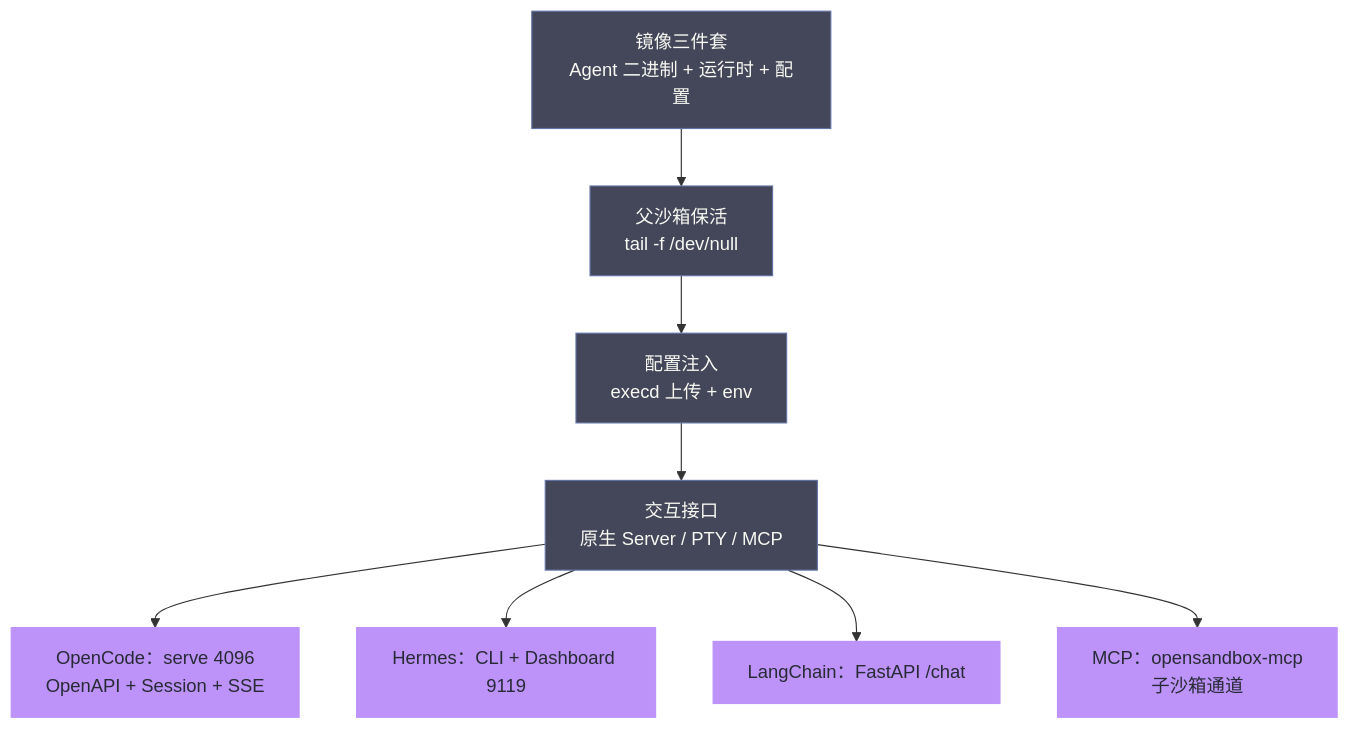
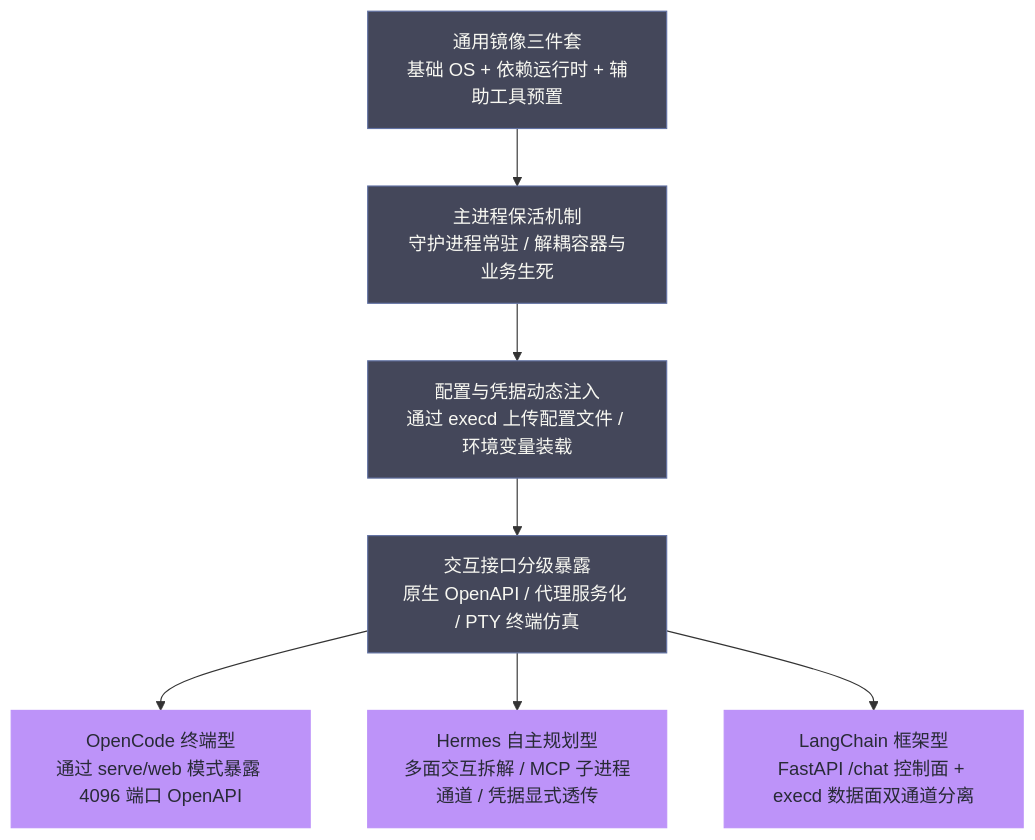
The second of 9 diagrams in content/LLM/Agent沙箱技术/工程实践/11 三类 Agent 沙箱落地——OpenCode、Hermes 与 LangChain 镜像化实战.md (hpliStartAgain/my-brain), drawn with Mermaid before and after one commit. The commit also changed other lines of this file and 17 other files, not shown here.

````diff
--- a/content/LLM/Agent沙箱技术/工程实践/11 三类 Agent 沙箱落地——OpenCode、Hermes 与 LangChain 镜像化实战.md
+++ b/content/LLM/Agent沙箱技术/工程实践/11 三类 Agent 沙箱落地——OpenCode、Hermes 与 LangChain 镜像化实战.md
@@ -53,20 +66,16 @@
 ```mermaid
 %%{init: {'theme': 'dracula', 'themeVariables': {'primaryColor': '#6272a4', 'primaryTextColor': '#f8f8f2', 'primaryBorderColor': '#bd93f9', 'lineColor': '#ff79c6', 'secondaryColor': '#44475a', 'tertiaryColor': '#282a36'}}%%
-graph TD
-    IMG["镜像三件套<br/>Agent 二进制 + 运行时 + 配置"]
-    KEEP["父沙箱保活<br/>tail -f /dev/null"]
-    INJ["配置注入<br/>execd 上传 + env"]
-    IF["交互接口<br/>原生 Server / PTY / MCP"]
+flowchart TD
+    P1["通用镜像三件套<br/>基础 OS + 依赖运行时 + 辅助工具预置"] --> P2["主进程保活机制<br/>守护进程常驻 / 解耦容器与业务生死"]
+    P2 --> P3["配置与凭据动态注入<br/>通过 execd 上传配置文件 / 环境变量装载"]
+    P3 --> P4["交互接口分级暴露<br/>原生 OpenAPI / 代理服务化 / PTY 终端仿真"]
 
-    IMG --> KEEP --> INJ --> IF
+    P4 --> A1["OpenCode 终端型<br/>通过 serve/web 模式暴露 4096 端口 OpenAPI"]
+    P4 --> A2["Hermes 自主规划型<br/>多面交互拆解 / MCP 子进程通道 / 凭据显式透传"]
+    P4 --> A3["LangChain 框架型<br/>FastAPI /chat 控制面 + execd 数据面双通道分离"]
 
-    IF --> OPC["OpenCode：serve 4096<br/>OpenAPI + Session + SSE"]
-    IF --> HER["Hermes：CLI + Dashboard 9119"]
-    IF --> LCH["LangChain：FastAPI /chat"]
-    IF --> MCP["MCP：opensandbox-mcp<br/>子沙箱通道"]
-
-    classDef layer fill:#44475a,stroke:#6272a4,color:#f8f8f2
-    classDef agent fill:#bd93f9,stroke:#bd93f9,color:#282a36
-    class IMG,KEEP,INJ,IF layer
-    class OPC,HER,LCH,MCP agent
+    classDef pipe fill:#44475a,stroke:#6272a4,color:#f8f8f2
+    classDef target fill:#bd93f9,stroke:#bd93f9,color:#282a36
+    class P1,P2,P3,P4 pipe
+    class A1,A2,A3 target
 ```
````
